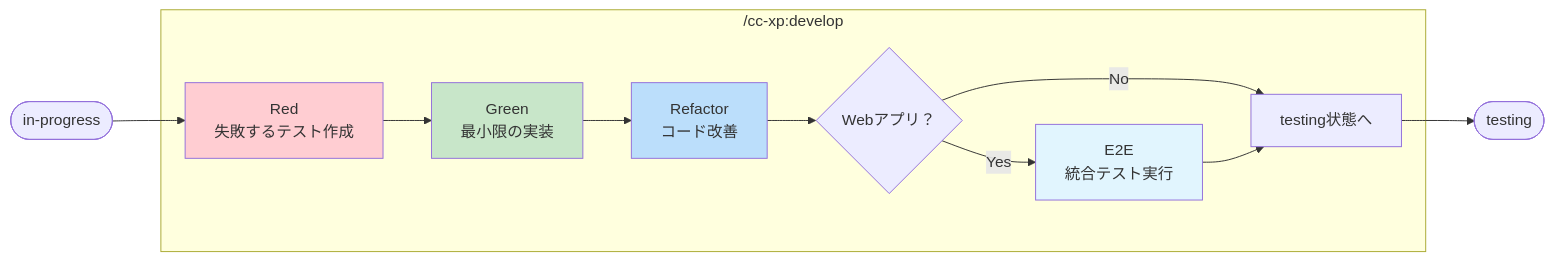
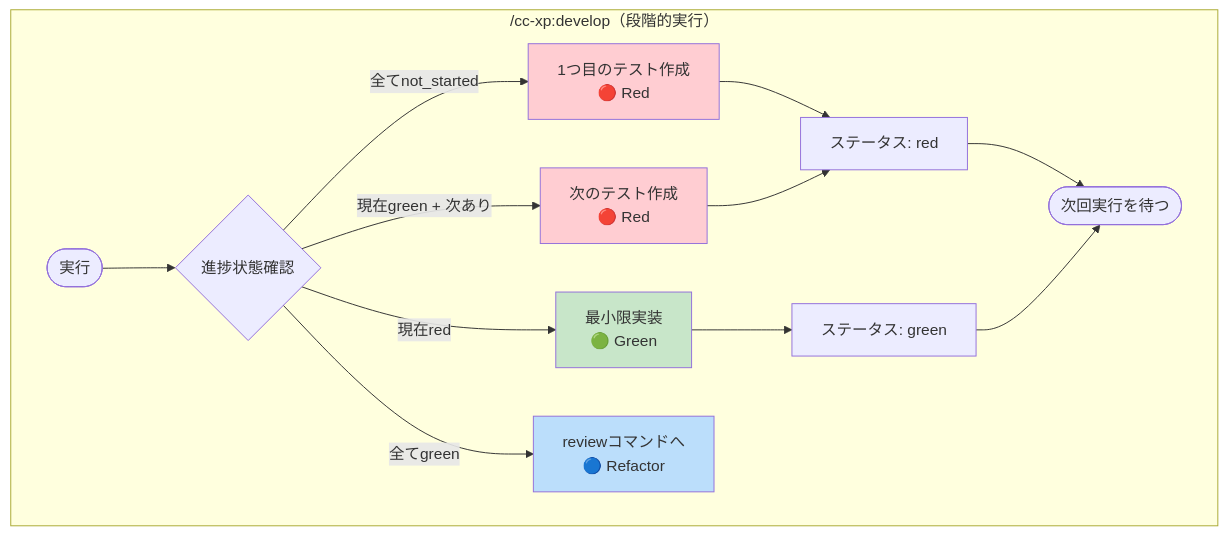
Before and after one commit to B16B1RD/cc-xp-kit: the second of 5 diagrams in README.md, drawn with Mermaid. The commit also changed other lines of this file and 3 other files, not shown here.

````diff
--- a/README.md
+++ b/README.md
@@ -118,19 +118,23 @@
 ```mermaid
-graph LR
-    subgraph "/cc-xp:develop"
-        Red[Red<br/>失敗するテスト作成] --> Green[Green<br/>最小限の実装]
-        Green --> Refactor[Refactor<br/>コード改善]
-        Refactor --> E2E{Webアプリ？}
-        E2E -->|Yes| E2ETest[E2E<br/>統合テスト実行]
-        E2E -->|No| Commit[testing状態へ]
-        E2ETest --> Commit
+graph TD
+    subgraph "/cc-xp:develop（段階的実行）"
+        Start([実行]) --> Check{進捗状態確認}
+        
+        Check -->|全てnot_started| CreateFirst[1つ目のテスト作成<br/>🔴 Red]
+        Check -->|現在red| Implement[最小限実装<br/>🟢 Green]
+        Check -->|現在green + 次あり| CreateNext[次のテスト作成<br/>🔴 Red]
+        Check -->|全てgreen| Review[reviewコマンドへ<br/>🔵 Refactor]
+        
+        CreateFirst --> UpdateRed[ステータス: red]
+        Implement --> UpdateGreen[ステータス: green]
+        CreateNext --> UpdateRed
+        
+        UpdateRed --> End([次回実行を待つ])
+        UpdateGreen --> End
     end
     
-    Start([in-progress]) --> Red
-    Commit --> End([testing])
-    
-    style Red fill:#ffcdd2
-    style Green fill:#c8e6c9
-    style Refactor fill:#bbdefb
-    style E2ETest fill:#e1f5fe
+    style CreateFirst fill:#ffcdd2
+    style Implement fill:#c8e6c9
+    style CreateNext fill:#ffcdd2
+    style Review fill:#bbdefb
 ```
````
